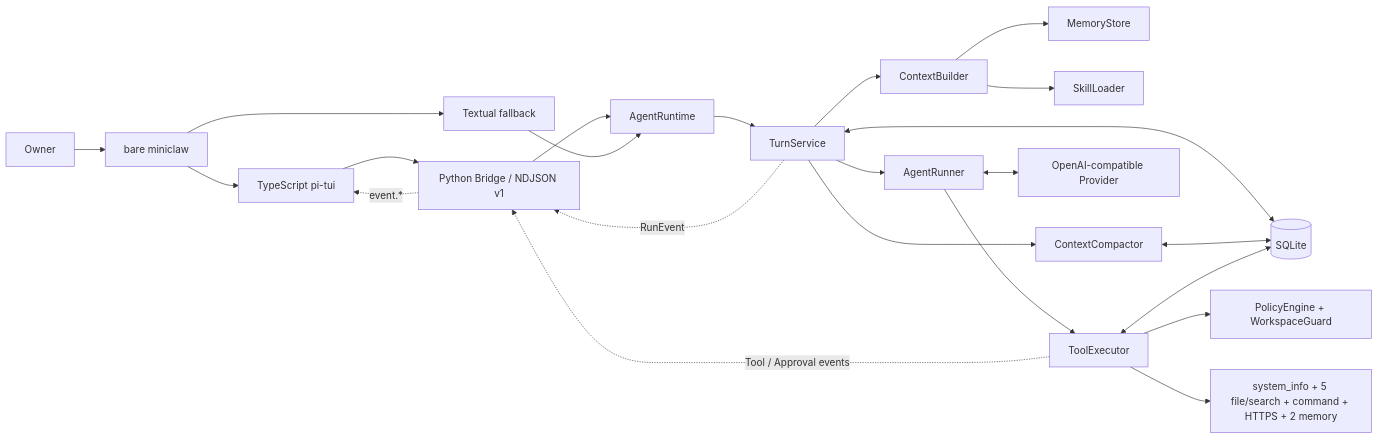
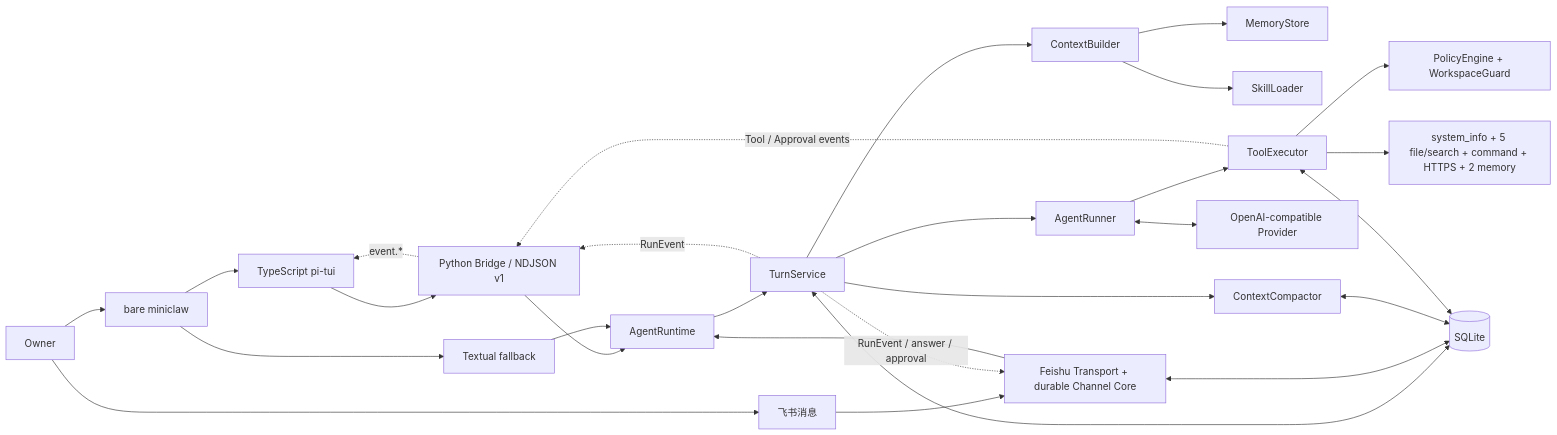
Before and after one commit to NEDONION/lobster0: the first of 10 diagrams in docs/architecture/20260807_系统架构.md, drawn with Mermaid. The commit also changed other lines of this file and 18 other files, not shown here.

Commit message:
docs: synchronize pi-tui and channel core status

````diff
--- a/docs/architecture/20260807_系统架构.md
+++ b/docs/architecture/20260807_系统架构.md
@@ -12,25 +13,30 @@
 ```mermaid
 flowchart LR
     USER["Owner"] --> CLI["bare miniclaw"]
+    USER --> FEISHU["飞书消息"]
     CLI --> APP["TypeScript pi-tui"]
     CLI --> FALLBACK["Textual fallback"]
     APP --> BRIDGE["Python Bridge / NDJSON v1"]
     BRIDGE --> RUNTIME["AgentRuntime"]
     FALLBACK --> RUNTIME
+    FEISHU --> CHANNEL["Feishu Transport + durable Channel Core"]
+    CHANNEL --> RUNTIME
     RUNTIME --> TURN["TurnService"]
     TURN --> CONTEXT["ContextBuilder"]
     CONTEXT --> MEMORY["MemoryStore"]
     CONTEXT --> SKILLS["SkillLoader"]
     TURN --> COMPACT["ContextCompactor"]
     TURN --> RUNNER["AgentRunner"]
     RUNNER <--> PROVIDER["OpenAI-compatible Provider"]
     RUNNER --> EXECUTOR["ToolExecutor"]
     EXECUTOR --> POLICY["PolicyEngine + WorkspaceGuard"]
     EXECUTOR --> TOOLS["system_info + 5 file/search + command + HTTPS + 2 memory"]
     TURN <--> DB[("SQLite")]
+    CHANNEL <--> DB
     COMPACT <--> DB
     EXECUTOR <--> DB
     TURN -. "RunEvent" .-> BRIDGE
     EXECUTOR -. "Tool / Approval events" .-> BRIDGE
     BRIDGE -. "event.*" .-> APP
+    TURN -. "RunEvent / answer / approval" .-> CHANNEL
 ```
````
